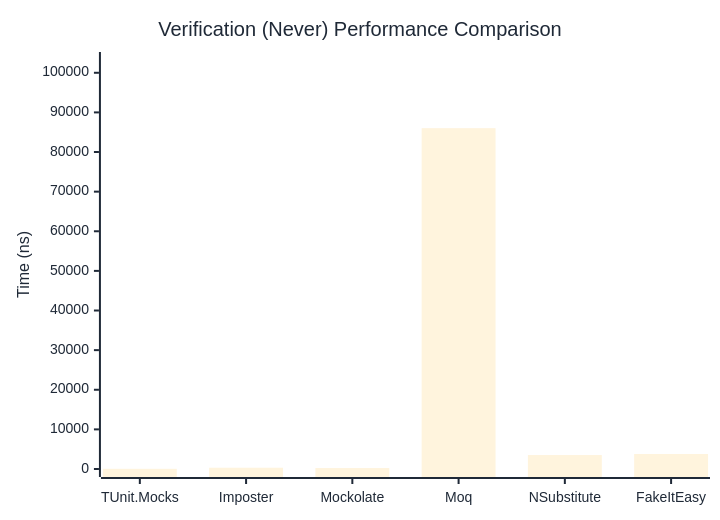
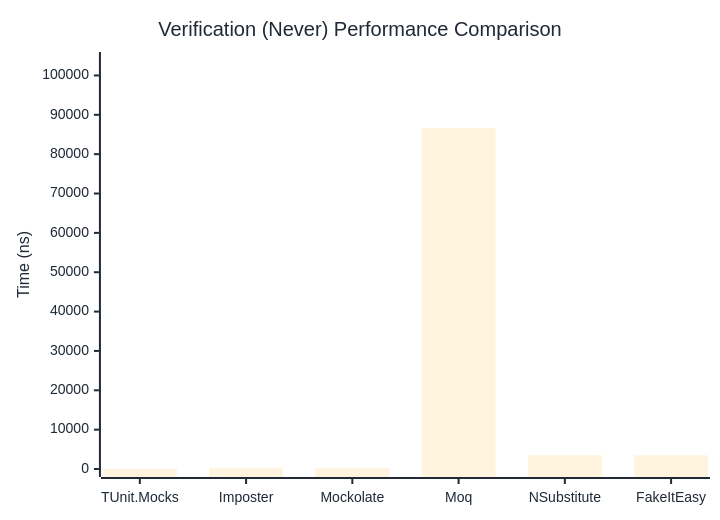
The second of 3 diagrams in docs/docs/benchmarks/mocks/Verification.md (weiyilai/TUnit), drawn with Mermaid before and after one commit. The commit also changed other lines of this file and 14 other files, not shown here.

````diff
--- a/docs/docs/benchmarks/mocks/Verification.md
+++ b/docs/docs/benchmarks/mocks/Verification.md
@@ -69,27 +69,27 @@
 ```mermaid
 %%{init: {
   'theme':'base',
   'themeVariables': {
     'primaryColor': '#2563eb',
     'primaryTextColor': '#1f2937',
     'primaryBorderColor': '#1e40af',
     'lineColor': '#6b7280',
     'secondaryColor': '#7c3aed',
     'tertiaryColor': '#dc2626',
     'background': '#ffffff',
     'pie1': '#2563eb',
     'pie2': '#7c3aed',
     'pie3': '#dc2626',
     'pie4': '#f59e0b',
     'pie5': '#10b981',
     'pie6': '#06b6d4',
     'pie7': '#ec4899',
     'pie8': '#6366f1'
   }
 }}%%
 xychart-beta
   title "Verification (Never) Performance Comparison"
   x-axis ["TUnit.Mocks", "Imposter", "Mockolate", "Moq", "NSubstitute", "FakeItEasy"]
-  y-axis "Time (ns)" 0 --> 103225
-  bar [49.13, 320.12, 240.68, 86020.5, 3518.15, 3783.65]
+  y-axis "Time (ns)" 0 --> 103928
+  bar [47.69, 308.68, 234.34, 86606.18, 3511.67, 3508.18]
 ```
````
